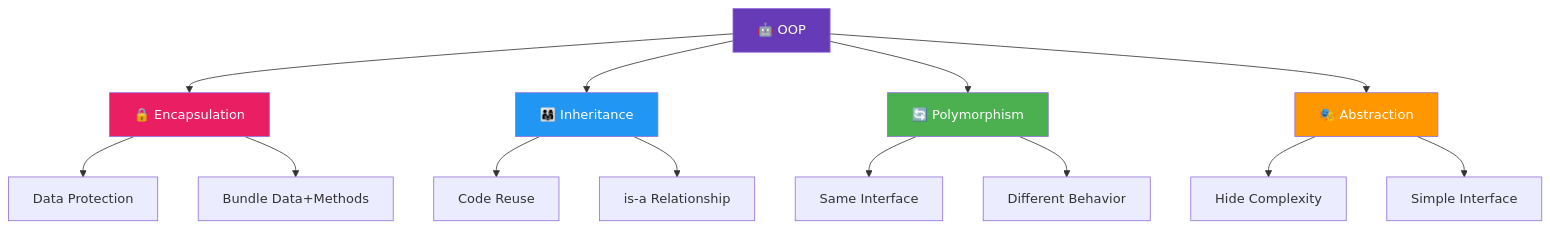
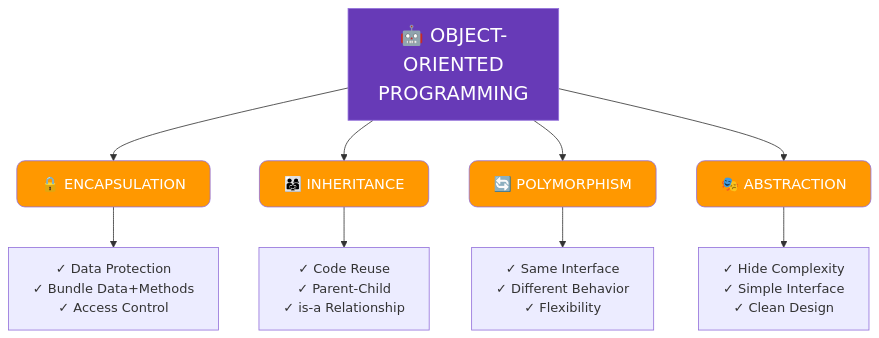
Before and after one commit to Lagmouchyoussef/Python-Practical-Works: the fifth of 11 diagrams in README.md, drawn with Mermaid. The commit also changed other lines of this file, not shown here.

````diff
--- a/README.md
+++ b/README.md
@@ -354,25 +239,25 @@
 ```mermaid
-flowchart TD
-    OOP[🤖 OOP] --> ENC[🔒 Encapsulation]
-    OOP --> INH[👨‍👩‍👧 Inheritance]
-    OOP --> POLY[🔄 Polymorphism]
-    OOP --> ABS[🎭 Abstraction]
+flowchart TB
+    OOP[🤖 OBJECT-ORIENTED<br/>PROGRAMMING]:::title
     
-    ENC --> ENC1[Data Protection]
-    ENC --> ENC2[Bundle Data+Methods]
+    P1[🔒 ENCAPSULATION]:::pillar
+    P2[👨‍👩‍👧 INHERITANCE]:::pillar
+    P3[🔄 POLYMORPHISM]:::pillar
+    P4[🎭 ABSTRACTION]:::pillar
     
-    INH --> INH1[Code Reuse]
-    INH --> INH2[is-a Relationship]
+    OOP --> P1
+    OOP --> P2
+    OOP --> P3
+    OOP --> P4
     
-    POLY --> POLY1[Same Interface]
-    POLY --> POLY2[Different Behavior]
+    P1 --> D1[✓ Data Protection<br/>✓ Bundle Data+Methods<br/>✓ Access Control]
+    P2 --> D2[✓ Code Reuse<br/>✓ Parent-Child<br/>✓ is-a Relationship]
+    P3 --> D3[✓ Same Interface<br/>✓ Different Behavior<br/>✓ Flexibility]
+    P4 --> D4[✓ Hide Complexity<br/>✓ Simple Interface<br/>✓ Clean Design]
     
-    ABS --> ABS1[Hide Complexity]
-    ABS --> ABS2[Simple Interface]
-    
-    style OOP fill:#673ab7,color:#fff
-    style ENC fill:#e91e63,color:#fff
-    style INH fill:#2196f3,color:#fff
-    style POLY fill:#4caf50,color:#fff
-    style ABS fill:#ff9800,color:#fff
+    classDef title fill:#673ab7,color:#fff,font-size:24px
+    classDef pillar fill:#009688,color:#fff,font-size:18px,rx:10,ry:10
+    classDef pillar fill:#e91e63,color:#fff,font-size:18px,rx:10,ry:10
+    classDef pillar fill:#3f51b5,color:#fff,font-size:18px,rx:10,ry:10
+    classDef pillar fill:#ff9800,color:#fff,font-size:18px,rx:10,ry:10
 ```
````
